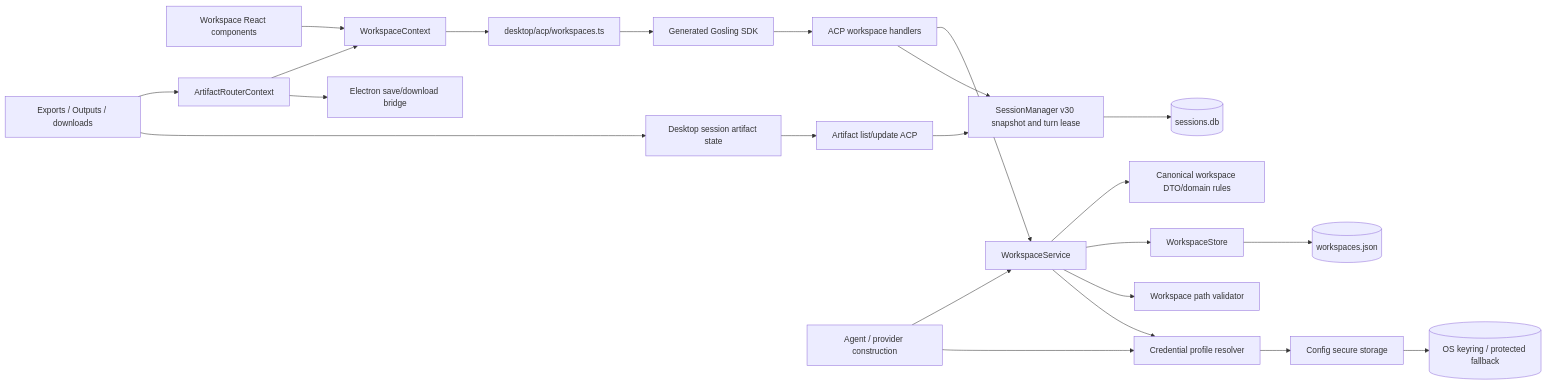
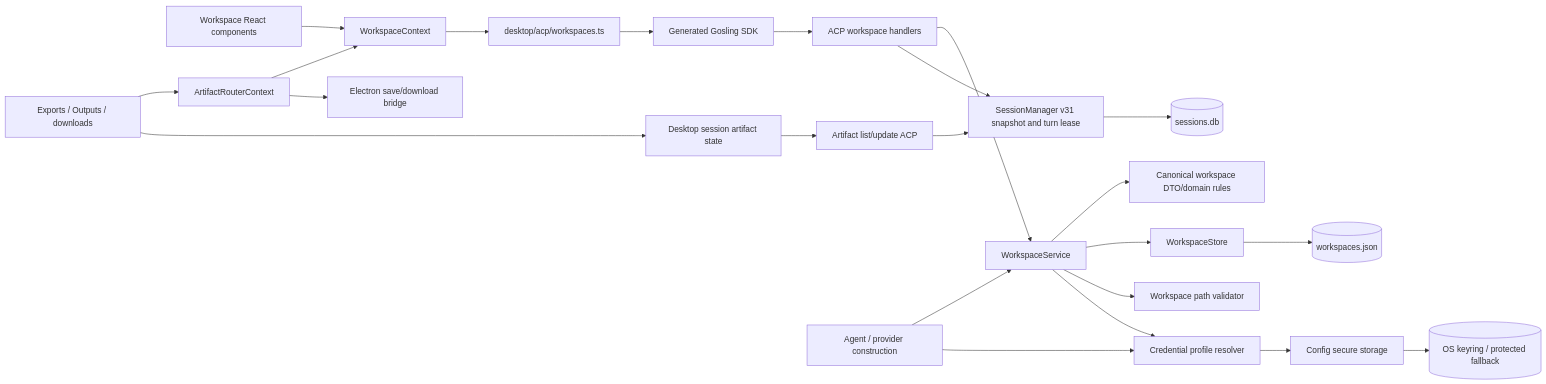
The first of 2 diagrams in docs/architecture.md (cephalopod-ai/gosling), drawn with Mermaid before and after one commit. The commit also changed 11 other files, not shown here.

````diff
--- a/docs/architecture.md
+++ b/docs/architecture.md
@@ -12,25 +12,25 @@
 ```mermaid
 flowchart LR
     UI[Workspace React components] --> Context[WorkspaceContext]
     ArtifactUI[Exports / Outputs / downloads] --> Router[ArtifactRouterContext]
     ArtifactUI --> ArtifactStore[Desktop session artifact state]
     ArtifactStore --> ArtifactACP[Artifact list/update ACP]
     ArtifactACP --> Sessions
     Router --> Context
     Router --> Electron[Electron save/download bridge]
     Context --> DesktopACP[desktop/acp/workspaces.ts]
     DesktopACP --> SDK[Generated Gosling SDK]
     SDK --> Handlers[ACP workspace handlers]
     Handlers --> Service[WorkspaceService]
     Service --> Domain[Canonical workspace DTO/domain rules]
     Service --> Store[WorkspaceStore]
     Service --> Validator[Workspace path validator]
     Service --> Credentials[Credential profile resolver]
     Store --> JSON[(workspaces.json)]
     Credentials --> Config[Config secure storage]
     Config --> Keyring[(OS keyring / protected fallback)]
-    Handlers --> Sessions[SessionManager v30 snapshot and turn lease]
+    Handlers --> Sessions[SessionManager v31 snapshot and turn lease]
     Sessions --> DB[(sessions.db)]
     Agent[Agent / provider construction] --> Service
     Agent --> Credentials
 ```
````
